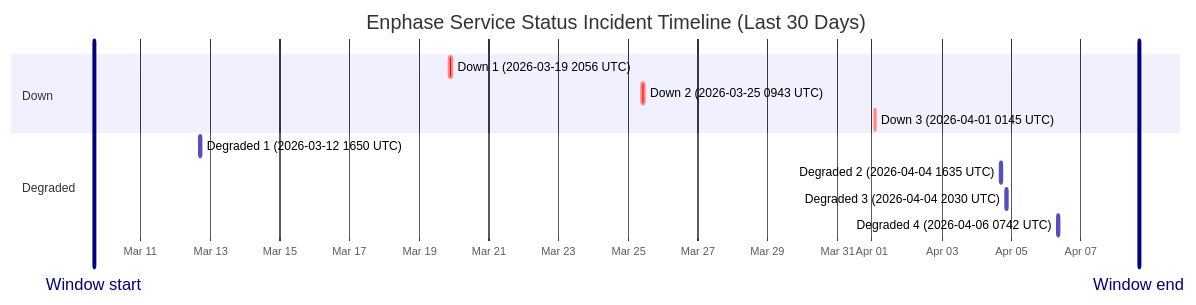
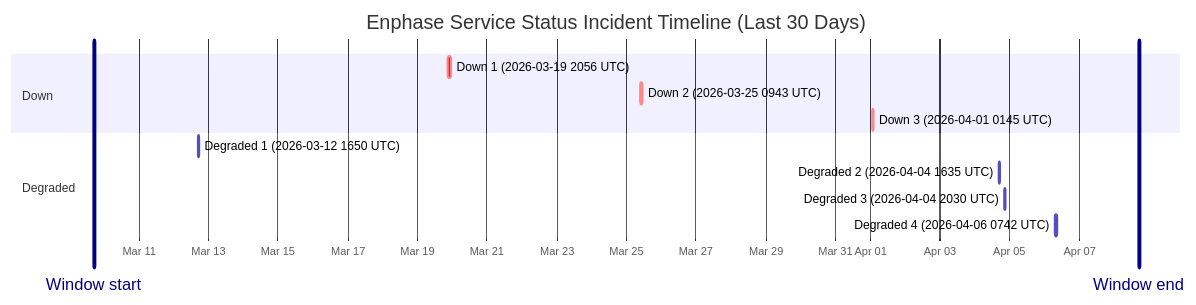
The diagram in wiki/Service-Status-History.md (barneyonline/ha-enphase-ev-charger), drawn with Mermaid before and after one commit. The commit also changed other lines of this file and 3 other files, not shown here.

````diff
--- a/wiki/Service-Status-History.md
+++ b/wiki/Service-Status-History.md
@@ -14,17 +14,17 @@
 ```mermaid
 gantt
     title Enphase Service Status Incident Timeline (Last 30 Days)
     dateFormat  YYYY-MM-DDTHH:mm:ss
     axisFormat  %b %d
-    Window start :vert, window-start, 2026-03-09T15:56:37, 0ms
-    Window end :vert, window-end, 2026-04-08T15:56:37, 0ms
+    Window start :vert, window-start, 2026-03-09T17:06:47, 0ms
+    Window end :vert, window-end, 2026-04-08T17:06:47, 0ms
     section Down
     Down 1 (2026-03-19 2056 UTC) :crit, down-1, 2026-03-19T20:56:20, 145m
     Down 2 (2026-03-25 0943 UTC) :crit, down-2, 2026-03-25T09:43:28, 111m
     Down 3 (2026-04-01 0145 UTC) :crit, down-3, 2026-04-01T01:45:09, 60m
     section Degraded
     Degraded 1 (2026-03-12 1650 UTC) :active, degraded-1, 2026-03-12T16:50:43, 60m
     Degraded 2 (2026-04-04 1635 UTC) :active, degraded-2, 2026-04-04T16:35:17, 60m
     Degraded 3 (2026-04-04 2030 UTC) :active, degraded-3, 2026-04-04T20:30:40, 60m
     Degraded 4 (2026-04-06 0742 UTC) :active, degraded-4, 2026-04-06T07:42:09, 85m
 ```
````
